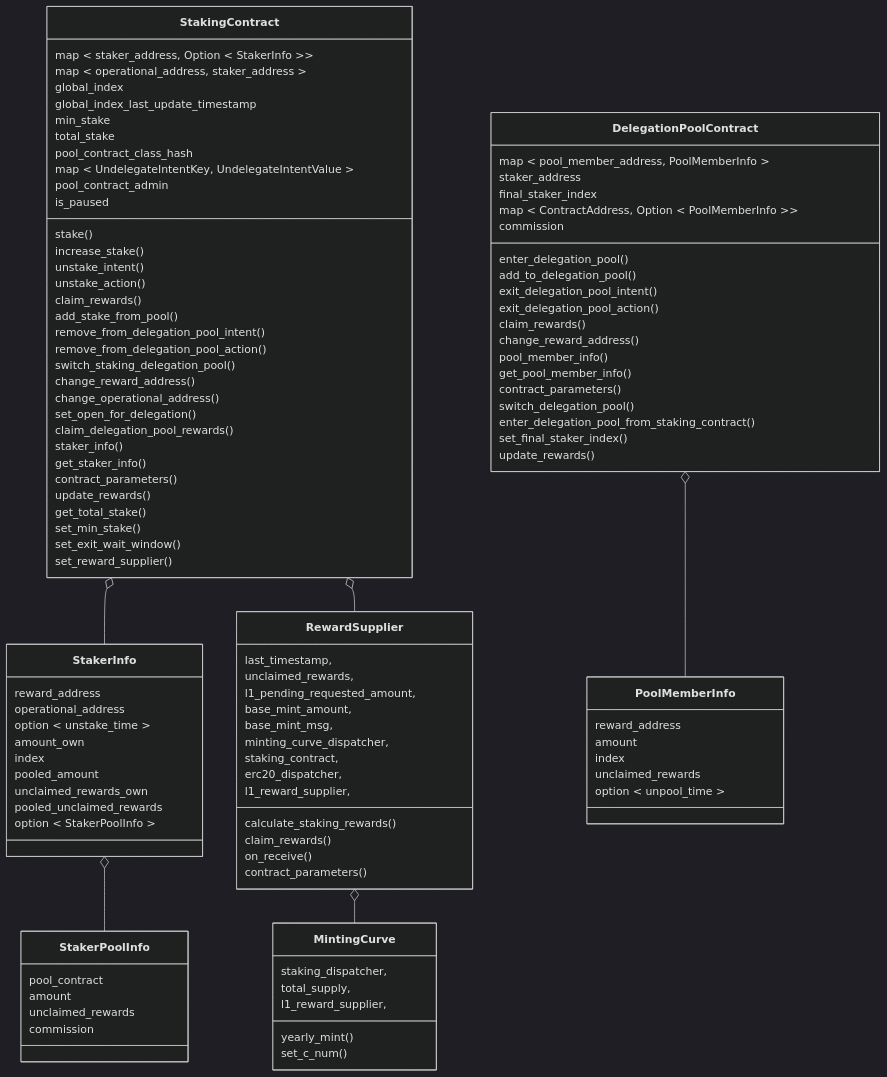
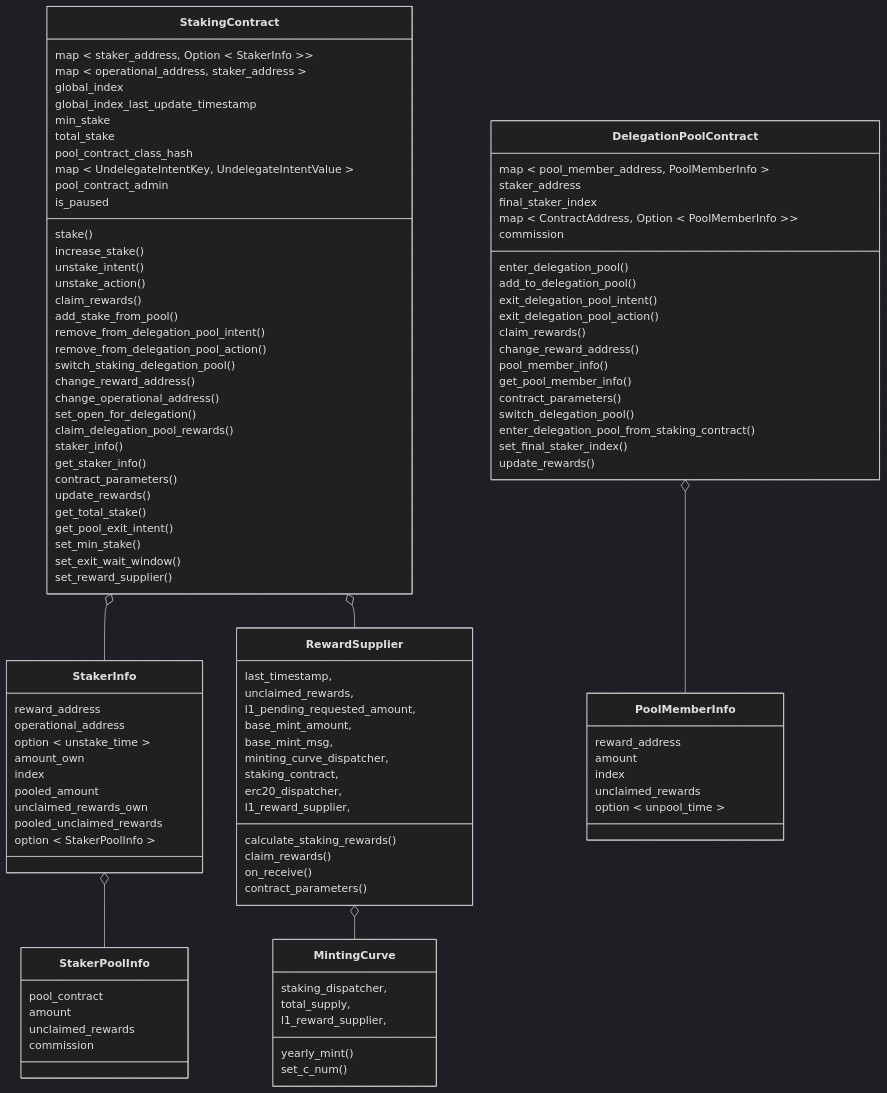
The first of 8 diagrams in workspace/apps/staking/docs/spec.md (starkware-libs/starknet-staking), drawn with Mermaid (dark theme) before and after one commit. The commit also changed other lines of this file and 4 other files, not shown here.

Commit message:
feat(staking): get_exit_pool_intent (#2227)

```diff
--- a/workspace/apps/staking/docs/spec.md
+++ b/workspace/apps/staking/docs/spec.md
@@ -187,6 +190,7 @@
     contract_parameters()
     update_rewards()
     get_total_stake()
+    get_pool_exit_intent()
     set_min_stake()
     set_exit_wait_window()
     set_reward_supplier()
```
